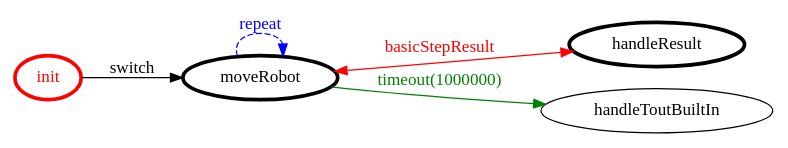
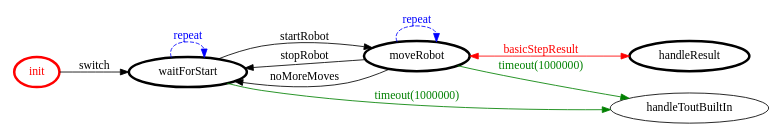
The diagram in src/sprint6/impl/it.unibo.finaltask2018.impl/srcMore/it/unibo/handle_planner/handle_planner.gv (LucaBonfi95/ISSM_Tema_Finale_2018), drawn with Graphviz before and after one commit. The commit also changed 27 other files, not shown here.

```diff
--- a/src/sprint6/impl/it.unibo.finaltask2018.impl/srcMore/it/unibo/handle_planner/handle_planner.gv
+++ b/src/sprint6/impl/it.unibo.finaltask2018.impl/srcMore/it/unibo/handle_planner/handle_planner.gv
@@ -1,20 +1,26 @@
 /*
 *
 * A GraphViz DOT FSM description 
 * Please use a GraphViz visualizer (like http://www.webgraphviz.com)
 *  
 */
 
 digraph finite_state_machine {
 	rankdir=LR
 	size="8,5"
 	
 	init [ color = red ][ fontcolor = red ][ penwidth = 3 ]
 	handleResult [ color = black ][ fontcolor = black ][ penwidth = 3 ]
 	moveRobot [ color = black ][ fontcolor = black ][ penwidth = 3 ]
+	waitForStart [ color = black ][ fontcolor = black ][ penwidth = 3 ]
 	
+	moveRobot -> waitForStart [ label = "stopRobot" ][ color = black ][ fontcolor = black ]
+	waitForStart -> handleToutBuiltIn [ label = "timeout(1000000)" ][ color = green ][ fontcolor = green ]
 	moveRobot -> moveRobot [ label = "repeat "][ style = dashed ][ color = blue ][ fontcolor = blue ]
-	init -> moveRobot [ label = "switch" ][ color = black ][ fontcolor = black ]
 	moveRobot -> handleToutBuiltIn [ label = "timeout(1000000)" ][ color = green ][ fontcolor = green ]
+	waitForStart -> moveRobot [ label = "startRobot" ][ color = black ][ fontcolor = black ]
+	moveRobot -> waitForStart [ label = "noMoreMoves" ][ color = black ][ fontcolor = black ]
+	waitForStart -> waitForStart [ label = "repeat "][ style = dashed ][ color = blue ][ fontcolor = blue ]
+	init -> waitForStart [ label = "switch" ][ color = black ][ fontcolor = black ]
 	moveRobot -> handleResult [ label = "basicStepResult" ][ color = red ][ fontcolor = red ][ dir = both ]
 }
```
